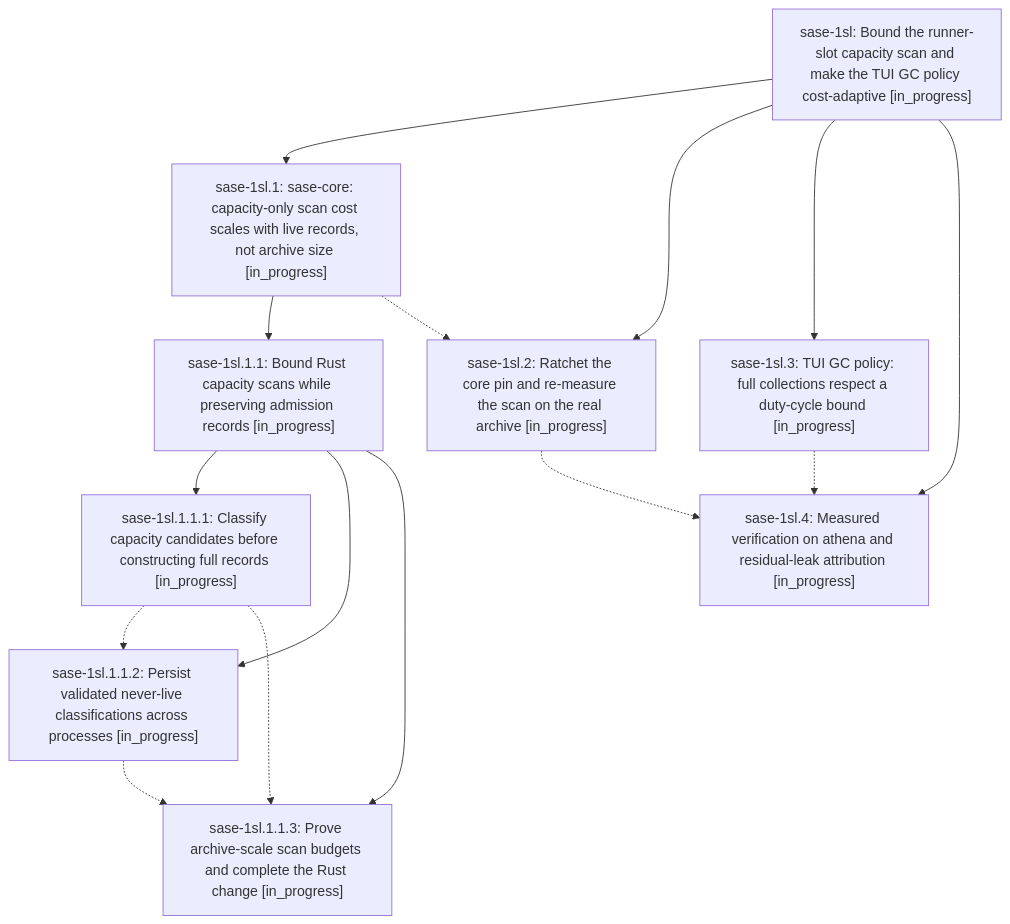
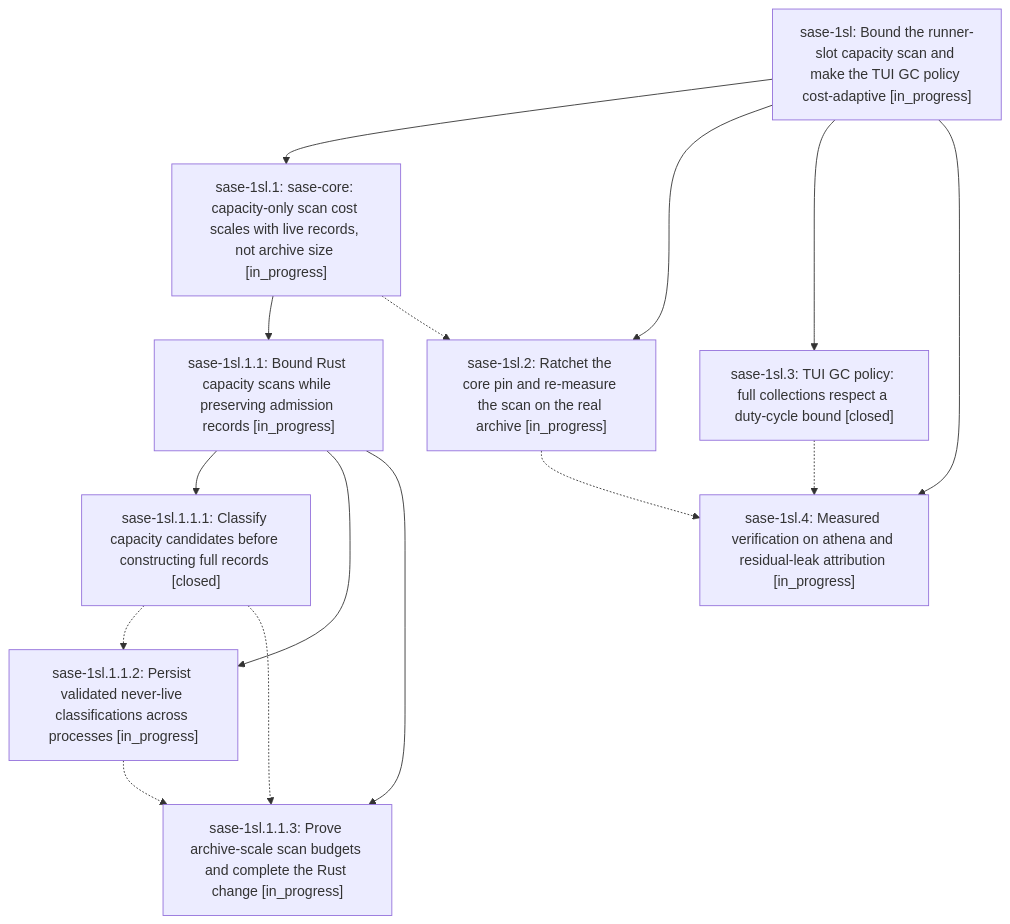
One commit to sase-org/sase--beads changed the diagram in pages/sase-1sl/README.md. Above: the diagram before and after it, drawn with Mermaid. The commit also changed other lines of this file and 5 other files, not shown here.

````diff
--- a/pages/sase-1sl/README.md
+++ b/pages/sase-1sl/README.md
@@ -37,26 +37,26 @@
 ```mermaid
 flowchart TD
     n0["sase-1sl: Bound the runner-slot capacity scan and make the TUI GC policy cost-adaptive [in_progress]"]
     n1["sase-1sl.1: sase-core: capacity-only scan cost scales with live records, not archive size [in_progress]"]
     n2["sase-1sl.1.1: Bound Rust capacity scans while preserving admission records [in_progress]"]
-    n3["sase-1sl.1.1.1: Classify capacity candidates before constructing full records [in_progress]"]
+    n3["sase-1sl.1.1.1: Classify capacity candidates before constructing full records [closed]"]
     n4["sase-1sl.1.1.2: Persist validated never-live classifications across processes [in_progress]"]
     n5["sase-1sl.1.1.3: Prove archive-scale scan budgets and complete the Rust change [in_progress]"]
     n6["sase-1sl.2: Ratchet the core pin and re-measure the scan on the real archive [in_progress]"]
-    n7["sase-1sl.3: TUI GC policy: full collections respect a duty-cycle bound [in_progress]"]
+    n7["sase-1sl.3: TUI GC policy: full collections respect a duty-cycle bound [closed]"]
     n8["sase-1sl.4: Measured verification on athena and residual-leak attribution [in_progress]"]
     n0 --> n1
     n1 --> n2
     n2 --> n3
     n2 --> n4
     n2 --> n5
     n0 --> n6
     n0 --> n7
     n0 --> n8
     n1 -.-> n6
     n3 -.-> n4
     n3 -.-> n5
     n4 -.-> n5
     n6 -.-> n8
     n7 -.-> n8
 ```
````
